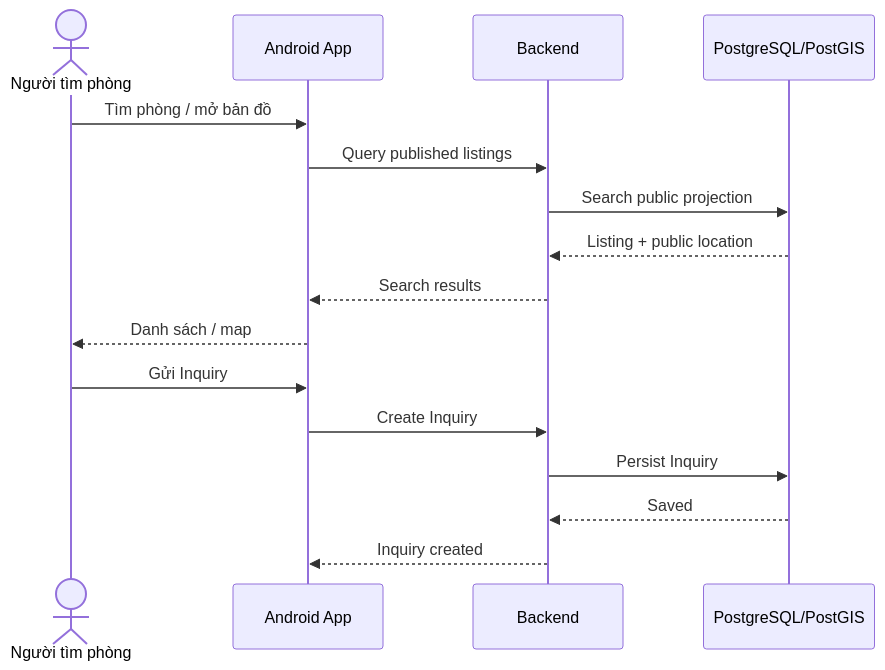
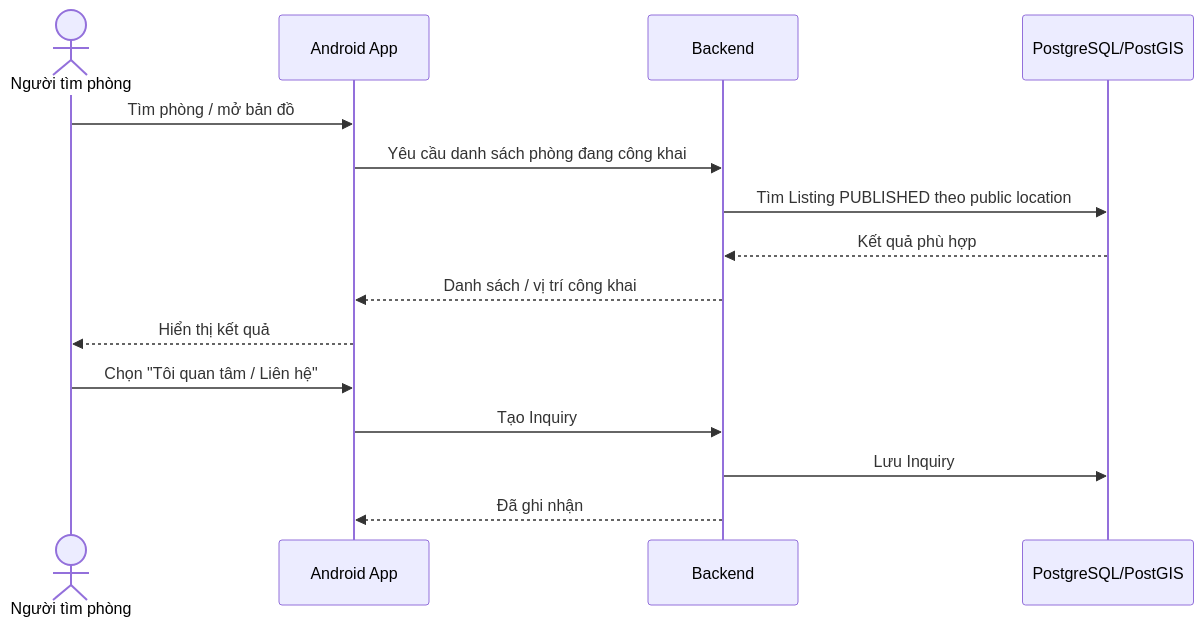
Before and after one commit to Danh20100/moibile_app: the first of 7 diagrams in docs/contexts/end-to-end-flows.md, drawn with Mermaid. The commit also changed other lines of this file and 9 other files, not shown here.

````diff
--- a/docs/contexts/end-to-end-flows.md
+++ b/docs/contexts/end-to-end-flows.md
@@ -7,19 +7,18 @@
 ```mermaid
 sequenceDiagram
     actor U as Người tìm phòng
     participant FE as Android App
     participant BE as Backend
     participant DB as PostgreSQL/PostGIS
 
     U->>FE: Tìm phòng / mở bản đồ
-    FE->>BE: Query published listings
-    BE->>DB: Search public projection
-    DB-->>BE: Listing + public location
-    BE-->>FE: Search results
-    FE-->>U: Danh sách / map
-    U->>FE: Gửi Inquiry
-    FE->>BE: Create Inquiry
-    BE->>DB: Persist Inquiry
-    DB-->>BE: Saved
-    BE-->>FE: Inquiry created
+    FE->>BE: Yêu cầu danh sách phòng đang công khai
+    BE->>DB: Tìm Listing PUBLISHED theo public location
+    DB-->>BE: Kết quả phù hợp
+    BE-->>FE: Danh sách / vị trí công khai
+    FE-->>U: Hiển thị kết quả
+    U->>FE: Chọn "Tôi quan tâm / Liên hệ"
+    FE->>BE: Tạo Inquiry
+    BE->>DB: Lưu Inquiry
+    BE-->>FE: Đã ghi nhận
 ```
````
